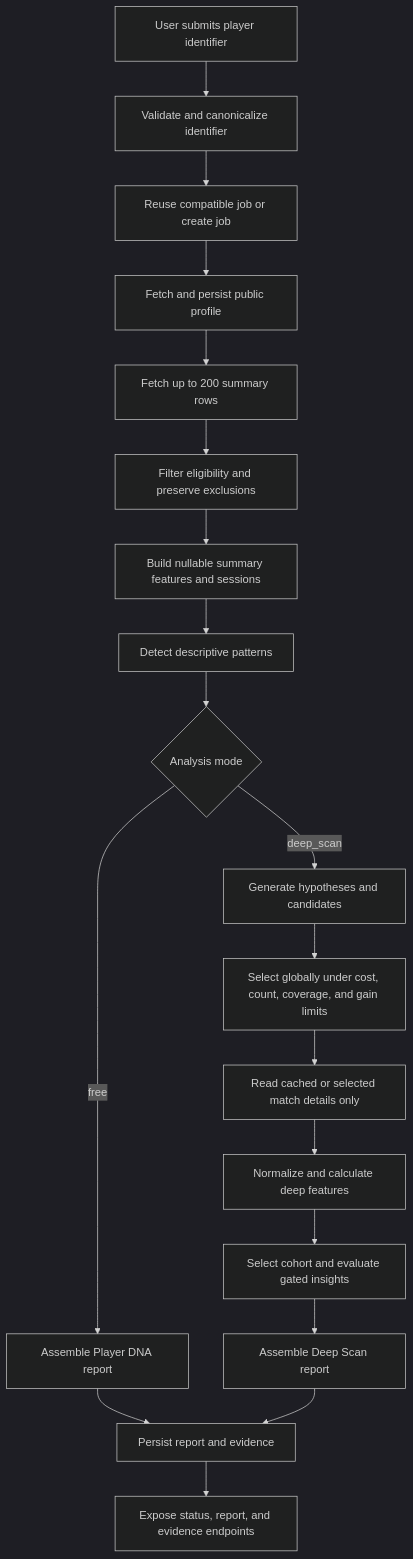
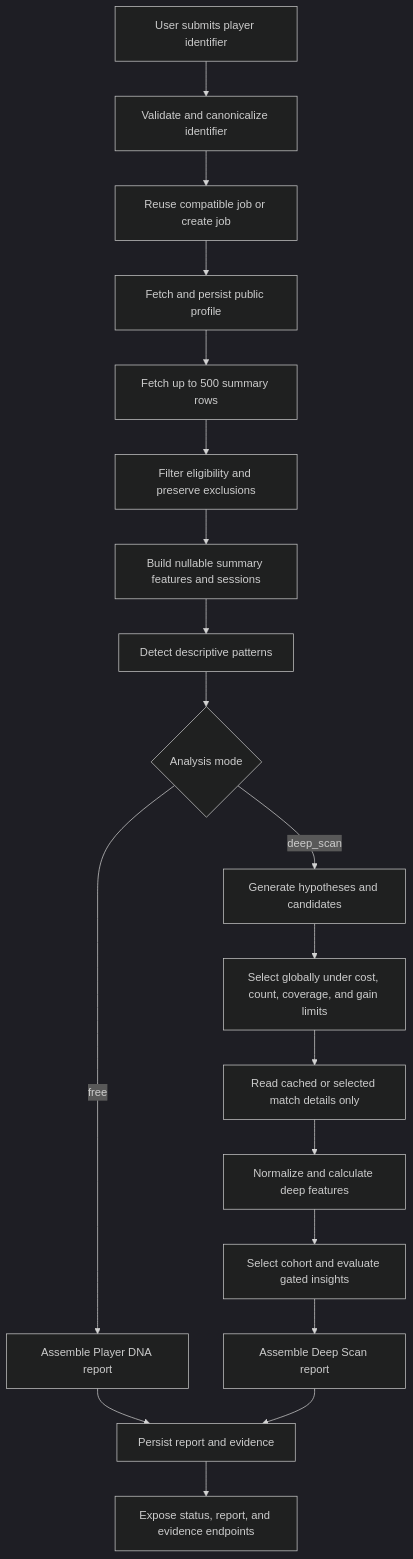
The diagram in docs/system-behavior-baseline.md (harunaka-manifesto/dota-report-card), drawn with Mermaid (dark theme) before and after one commit. The commit also changed other lines of this file and 206 other files, not shown here.

````diff
--- a/docs/system-behavior-baseline.md
+++ b/docs/system-behavior-baseline.md
@@ -48,21 +48,21 @@
 ```mermaid
 flowchart TD
     U["User submits player identifier"] --> V["Validate and canonicalize identifier"]
     V --> R["Reuse compatible job or create job"]
     R --> P["Fetch and persist public profile"]
-    P --> H["Fetch up to 200 summary rows"]
+    P --> H["Fetch up to 500 summary rows"]
     H --> F["Filter eligibility and preserve exclusions"]
     F --> S["Build nullable summary features and sessions"]
     S --> D["Detect descriptive patterns"]
     D --> B{"Analysis mode"}
     B -->|"free"| FR["Assemble Player DNA report"]
     B -->|"deep_scan"| G["Generate hypotheses and candidates"]
     G --> Q["Select globally under cost, count, coverage, and gain limits"]
     Q --> X["Read cached or selected match details only"]
     X --> N["Normalize and calculate deep features"]
     N --> I["Select cohort and evaluate gated insights"]
     I --> DR["Assemble Deep Scan report"]
     FR --> E["Persist report and evidence"]
     DR --> E
     E --> O["Expose status, report, and evidence endpoints"]
 ```
````
